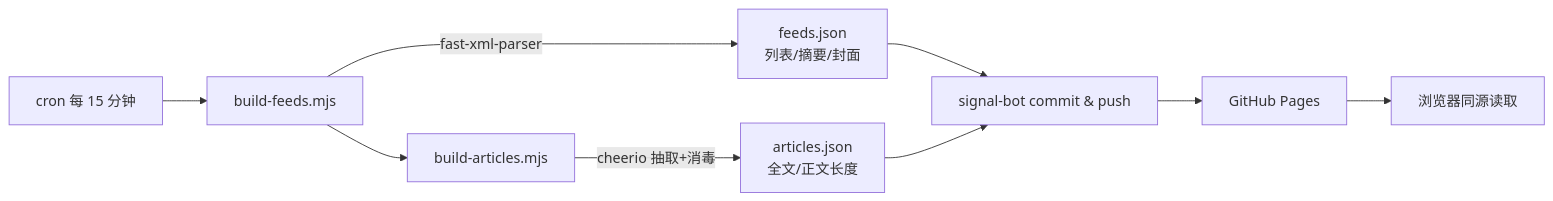
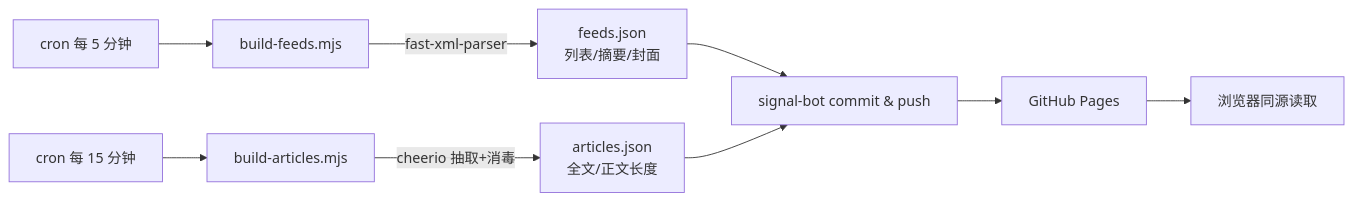
One commit to JosiahBristow/ai-signal changed the first of 2 diagrams in README.md. Above: the diagram before and after it, drawn with Mermaid. The commit also changed other lines of this file and 4 other files, not shown here.

First line of the commit message:
ci: split snapshots - feeds every 5min, articles every 15min

````diff
--- a/README.md
+++ b/README.md
@@ -143,11 +143,11 @@
 ```mermaid
 flowchart LR
-    A[cron 每 15 分钟] --> B[build-feeds.mjs]
-    B -->|fast-xml-parser| C[feeds.json<br/>列表/摘要/封面]
-    B --> D[build-articles.mjs]
-    D -->|cheerio 抽取+消毒| E[articles.json<br/>全文/正文长度]
+    A1[cron 每 5 分钟] --> B1[build-feeds.mjs]
+    B1 -->|fast-xml-parser| C[feeds.json<br/>列表/摘要/封面]
     C --> F[signal-bot commit & push]
+    A2[cron 每 15 分钟] --> B2[build-articles.mjs]
+    B2 -->|cheerio 抽取+消毒| E[articles.json<br/>全文/正文长度]
     E --> F
     F --> G[GitHub Pages]
     G --> H[浏览器同源读取]
 ```
````
